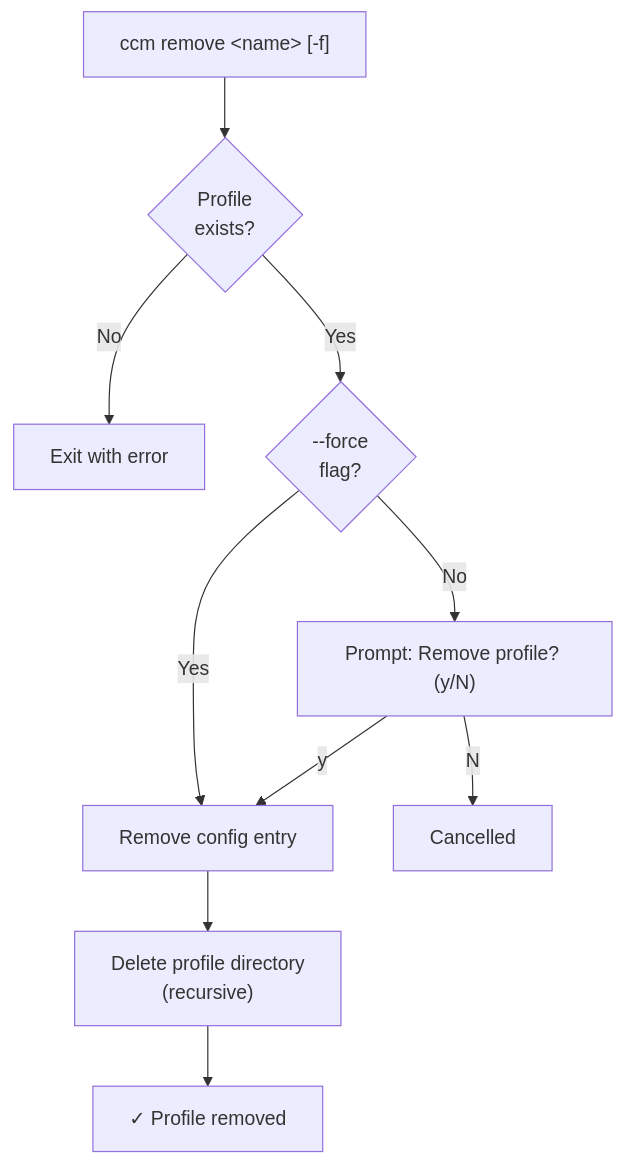
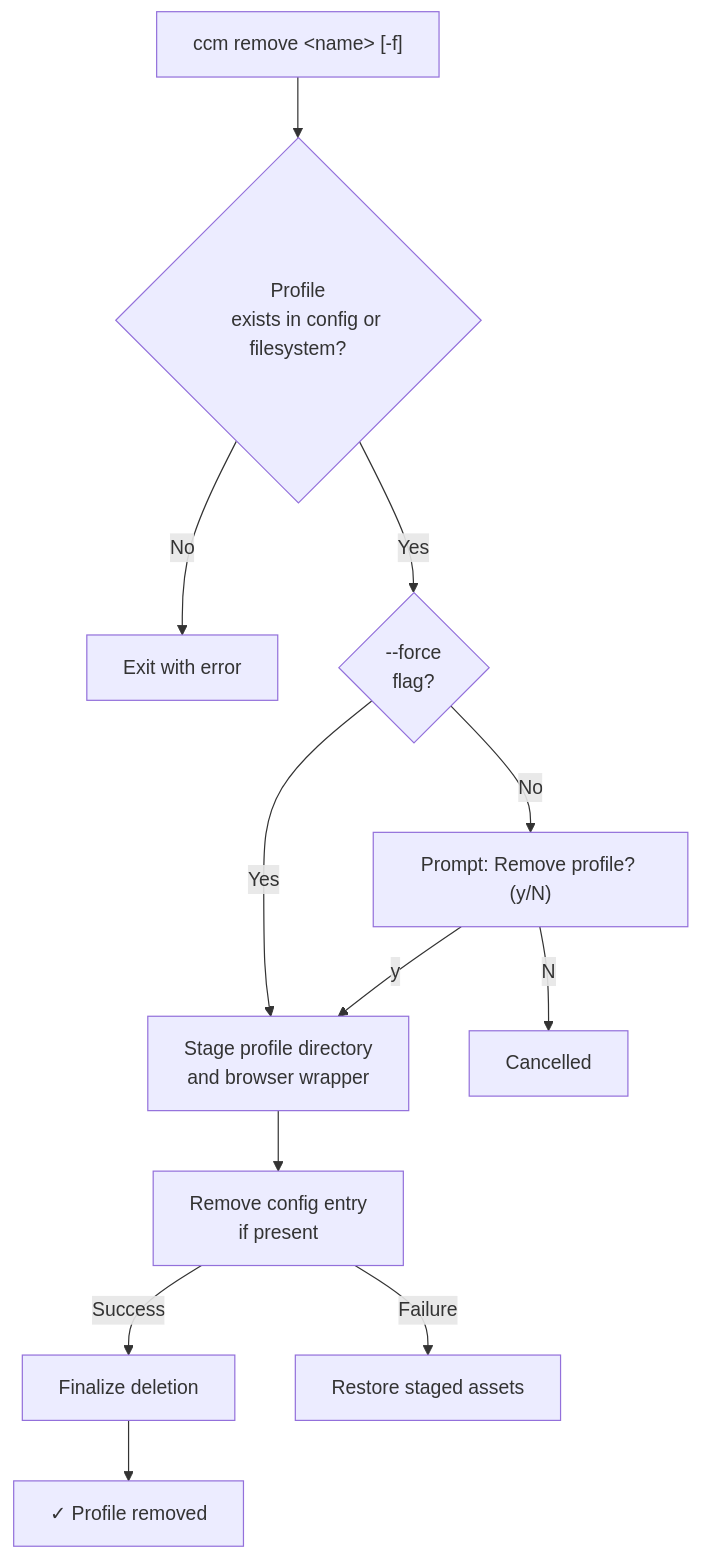
The fourth of 4 diagrams in README.md (Remeic/ccm), drawn with Mermaid before and after one commit. The commit also changed other lines of this file and 19 other files, not shown here.

````diff
--- a/README.md
+++ b/README.md
@@ -266,15 +275,18 @@
 ```mermaid
 flowchart TD
     A["ccm remove &lt;name&gt; [-f]"] --> B{"Profile
-    exists?"}
+    exists in config or filesystem?"}
     B -->|No| ERR["Exit with error"]
     B -->|Yes| C{"--force
     flag?"}
-    C -->|Yes| E["Remove config entry"]
+    C -->|Yes| E["Stage profile directory
+    and browser wrapper"]
     C -->|No| D["Prompt: Remove profile? (y/N)"]
     D -->|N| CANCEL["Cancelled"]
     D -->|y| E
-    E --> F["Delete profile directory
-    (recursive)"]
-    F --> G["✓ Profile removed"]
+    E --> F["Remove config entry
+    if present"]
+    F -->|Success| G["Finalize deletion"]
+    F -->|Failure| H["Restore staged assets"]
+    G --> I["✓ Profile removed"]
 ```
````
